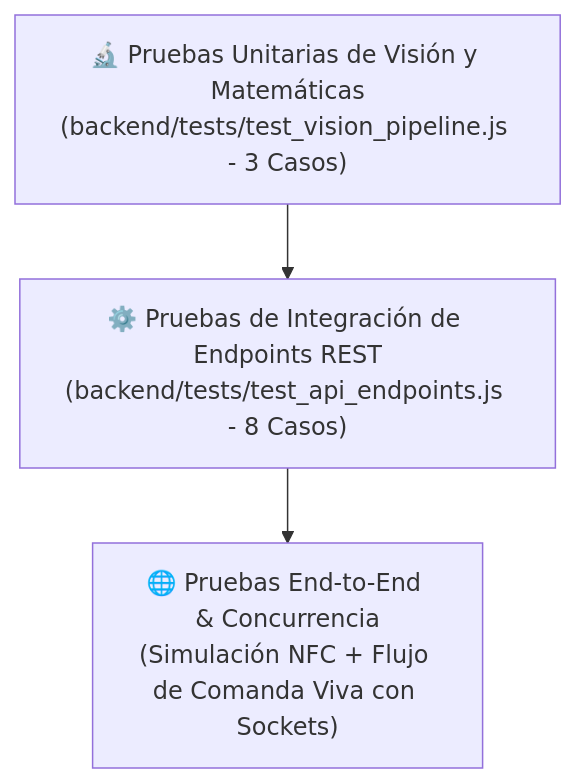
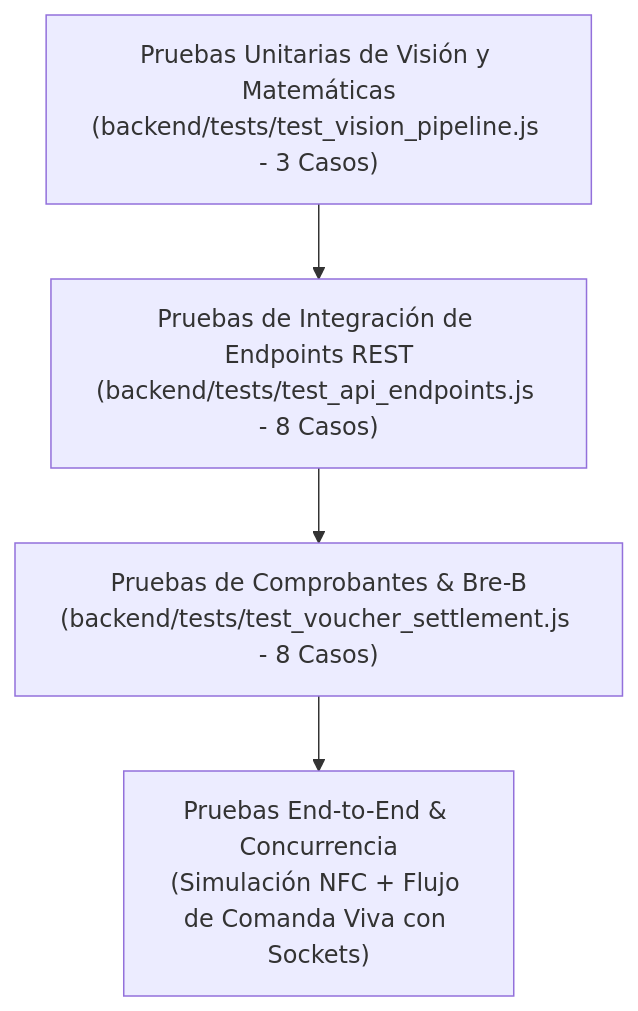
One commit to SebzSGC/Control-Gastos changed the diagram in docs/05_Calidad-Testing/Plan-de-Pruebas.md. Above: the diagram before and after it, drawn with Mermaid. The commit also changed other lines of this file and 27 other files, not shown here.

First line of the commit message:
feat(payments): generador de qr bre-b y liquidacion automatica de deudas con comprobantes ocr

````diff
--- a/docs/05_Calidad-Testing/Plan-de-Pruebas.md
+++ b/docs/05_Calidad-Testing/Plan-de-Pruebas.md
@@ -18,9 +18,11 @@
 ```mermaid
 flowchart TD
-    E2E["🌐 Pruebas End-to-End & Concurrencia\n(Simulación NFC + Flujo de Comanda Viva con Sockets)"]
-    Integ["⚙️ Pruebas de Integración de Endpoints REST\n(backend/tests/test_api_endpoints.js - 8 Casos)"]
-    Unit["🔬 Pruebas Unitarias de Visión y Matemáticas\n(backend/tests/test_vision_pipeline.js - 3 Casos)"]
+    E2E["Pruebas End-to-End & Concurrencia\n(Simulación NFC + Flujo de Comanda Viva con Sockets)"]
+    Vouch["Pruebas de Comprobantes & Bre-B\n(backend/tests/test_voucher_settlement.js - 8 Casos)"]
+    Integ["Pruebas de Integración de Endpoints REST\n(backend/tests/test_api_endpoints.js - 8 Casos)"]
+    Unit["Pruebas Unitarias de Visión y Matemáticas\n(backend/tests/test_vision_pipeline.js - 3 Casos)"]
 
     Unit --> Integ
-    Integ --> E2E
+    Integ --> Vouch
+    Vouch --> E2E
 ```
````
